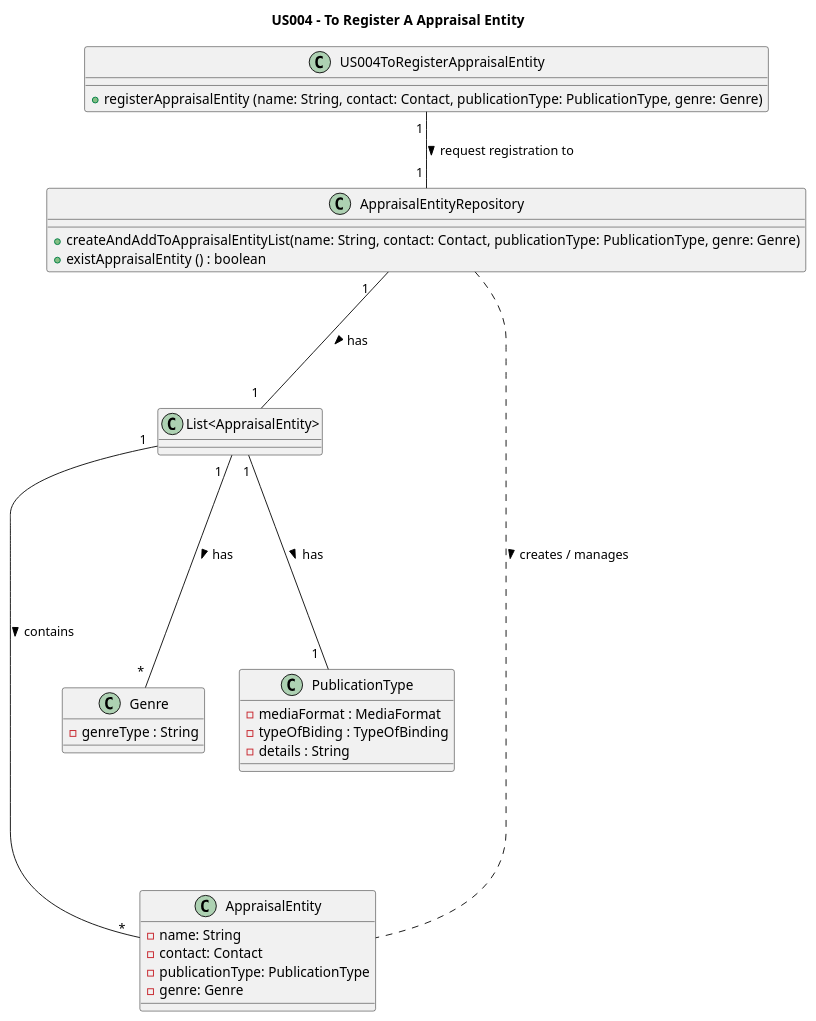
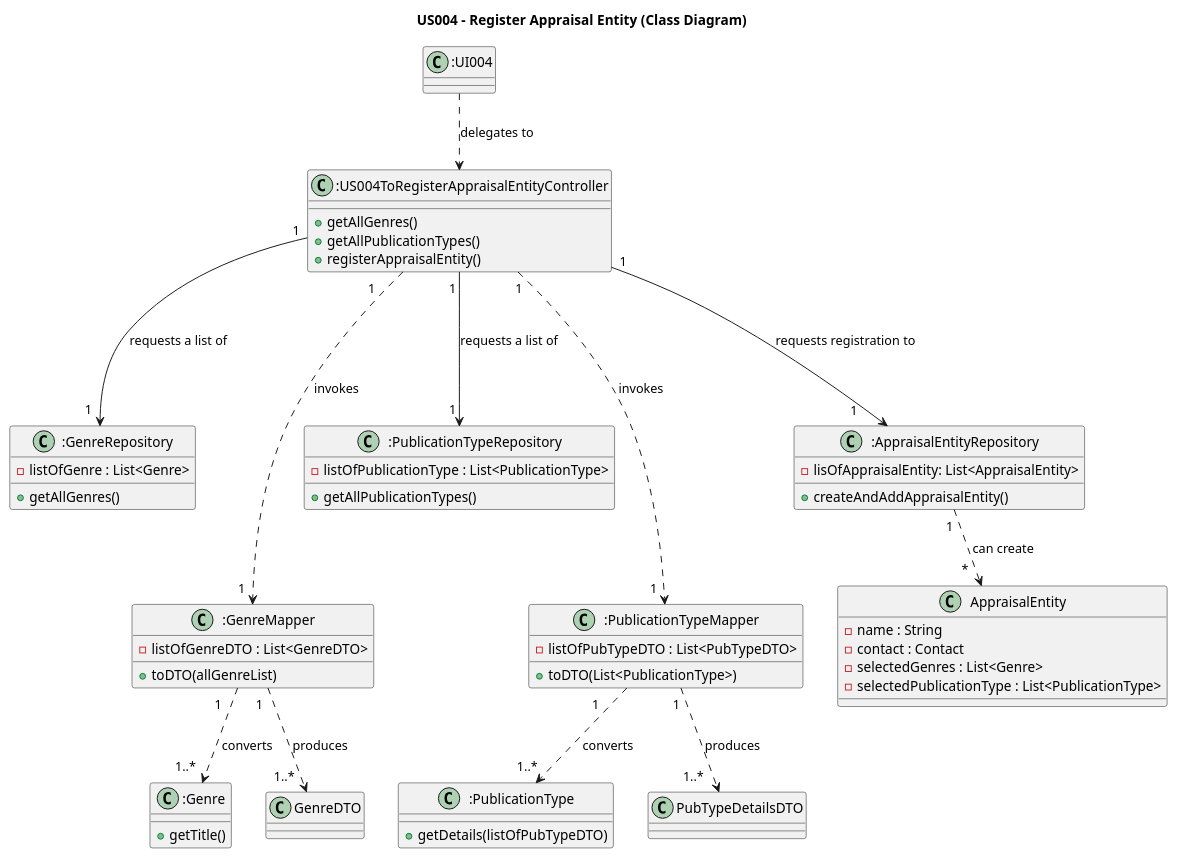
The diagram in Diagrams/ClassDiagrams/US004-to-register-an-appraisal-entity.puml (AndrePereiraGitH/SWitCH-Project-Team_A), drawn with PlantUML before and after one commit. The commit also changed 1 other file, not shown here.

Commit message:
Working on #26 #58, Finished sequence and class diagram from US004

```diff
--- a/Diagrams/ClassDiagrams/US004-to-register-an-appraisal-entity.puml
+++ b/Diagrams/ClassDiagrams/US004-to-register-an-appraisal-entity.puml
@@ -1,56 +1,104 @@
 @startuml
-title US004 - To Register A Appraisal Entity
+title US004 - Register Appraisal Entity (Class Diagram)
 
-class US004ToRegisterAppraisalEntity {
-  +registerAppraisalEntity (name: String, contact: Contact, publicationType: PublicationType, genre: Genre)
+' =========================
+' UI
+' =========================
+class ":UI004" {
 }
 
-class AppraisalEntityRepository {
-  +createAndAddToAppraisalEntityList(name: String, contact: Contact, publicationType: PublicationType, genre: Genre)
-  +existAppraisalEntity () : boolean
-' Those methods are part of createAndRegisterAppraisalEntity
-'  +validateAppraisalEntity(ae: AppraisalEntity) : boolean
-'  +addToAppraisalEntityList(ae: AppraisalEntity) : void
+' =========================
+' Controller
+' =========================
+class ":US004ToRegisterAppraisalEntityController" {
+    +getAllGenres()
+    +getAllPublicationTypes()
+    +registerAppraisalEntity()
 }
 
-class "List<AppraisalEntity>" {
+' =========================
+' Genre
+' =========================
+class ":GenreRepository" {
+    -listOfGenre : List<Genre>
+    +getAllGenres()
+}
+
+class ":GenreMapper" {
+    -listOfGenreDTO : List<GenreDTO>
+    +toDTO(allGenreList)
+}
+
+class ":Genre" {
+    +getTitle()
+}
+
+' class "GenreDetailsDTO" {
+' }
+
+' class "GenreDTO" {
+' }
+
+' =========================
+' Publication Type
+' =========================
+class ":PublicationTypeRepository" {
+    -listOfPublicationType : List<PublicationType>
+    +getAllPublicationTypes()
+}
+
+class ":PublicationTypeMapper" {
+    -listOfPubTypeDTO : List<PubTypeDTO>
+    +toDTO(List<PublicationType>)
+}
+
+class ":PublicationType" {
+    +getDetails(listOfPubTypeDTO)
+}
+
+' class "PubTypeDTO" {
+' }
+
+' class "PubTypeDetailsDTO" {
+' }
+
+' =========================
+' Appraisal Entity
+' =========================
+class ":AppraisalEntityRepository" {
+    -lisOfAppraisalEntity: List<AppraisalEntity>
+    +createAndAddAppraisalEntity()
+}
+
+class "AppraisalEntity" {
+    -name : String
+    -contact : Contact
+    -selectedGenres : List<Genre>
+    -selectedPublicationType : List<PublicationType>
 }
 
 
-class AppraisalEntity {
-  -name: String
-  -contact: Contact
-  -publicationType: PublicationType
-  -genre: Genre
-}
+' =========================
+' Relationships
+' =========================
+":UI004" ..> ":US004ToRegisterAppraisalEntityController" : delegates to
 
+":US004ToRegisterAppraisalEntityController" "1" ---> "1  " ":GenreRepository" : requests a list of
+":US004ToRegisterAppraisalEntityController" "1      " ....> "1  " ":GenreMapper" : invokes
 
-class Genre {
-  -genreType : String
-}
+":GenreMapper" "1    " ..> "1..*  " ":Genre" : converts
+' ":GenreMapper" --> "GenreDetailsDTO"
+":GenreMapper" "1  " ..> "1..*  " "GenreDTO" : produces
 
-class PublicationType {
-  -mediaFormat : MediaFormat
-  -typeOfBiding : TypeOfBinding
-  -details : String
-}
+":US004ToRegisterAppraisalEntityController" "1 " ---> "1 " ":PublicationTypeRepository" : requests a list of
+":US004ToRegisterAppraisalEntityController" "1 " ....> "1  " ":PublicationTypeMapper" : invokes
 
-/' class Contact {
-  -phoneNum: String
-  -extension: String
-  -email: Email
-  -location: Address
-}
-'/
-' Interactions
+":PublicationTypeMapper" "  1      " ..> "1..* " ":PublicationType" : converts
+' ":PublicationTypeMapper" ..> "PubTypeDTO" : produces
+":PublicationTypeMapper" "1 " ..> "1..*   " "PubTypeDetailsDTO" : produces
 
-US004ToRegisterAppraisalEntity "1 " -- "1 " AppraisalEntityRepository : request registration to >
-AppraisalEntityRepository  .------- AppraisalEntity : creates / manages >
-AppraisalEntityRepository "1    " --- " 1  " "List<AppraisalEntity>" : has >
+":US004ToRegisterAppraisalEntityController" "1 " ---> "1      " ":AppraisalEntityRepository" : requests registration to
 
-"List<AppraisalEntity>" "1 " -- " *  " AppraisalEntity : contains >
-"List<AppraisalEntity>" "1  " ---- " * " "Genre" : has >
-"List<AppraisalEntity>" "1" ---- " 1  " PublicationType : has >
-
+":AppraisalEntityRepository" "1 " ..> " *   " "AppraisalEntity" : can create
 
 @enduml
```
